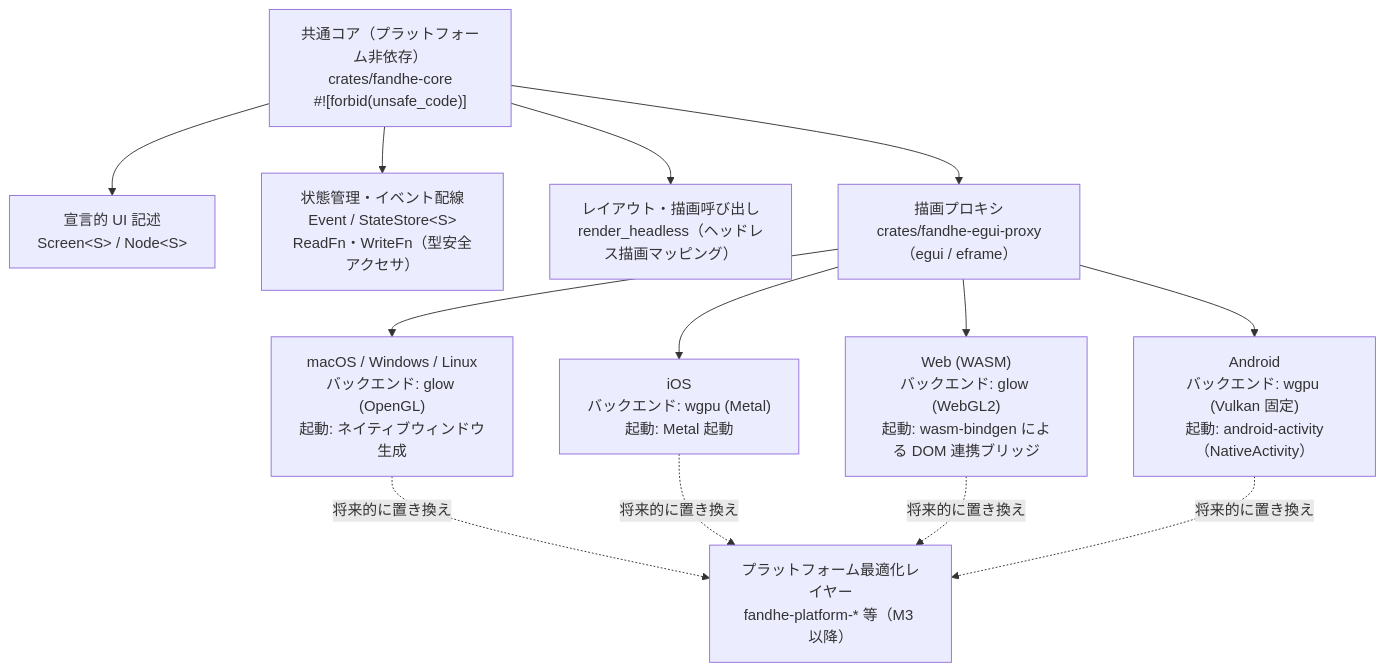
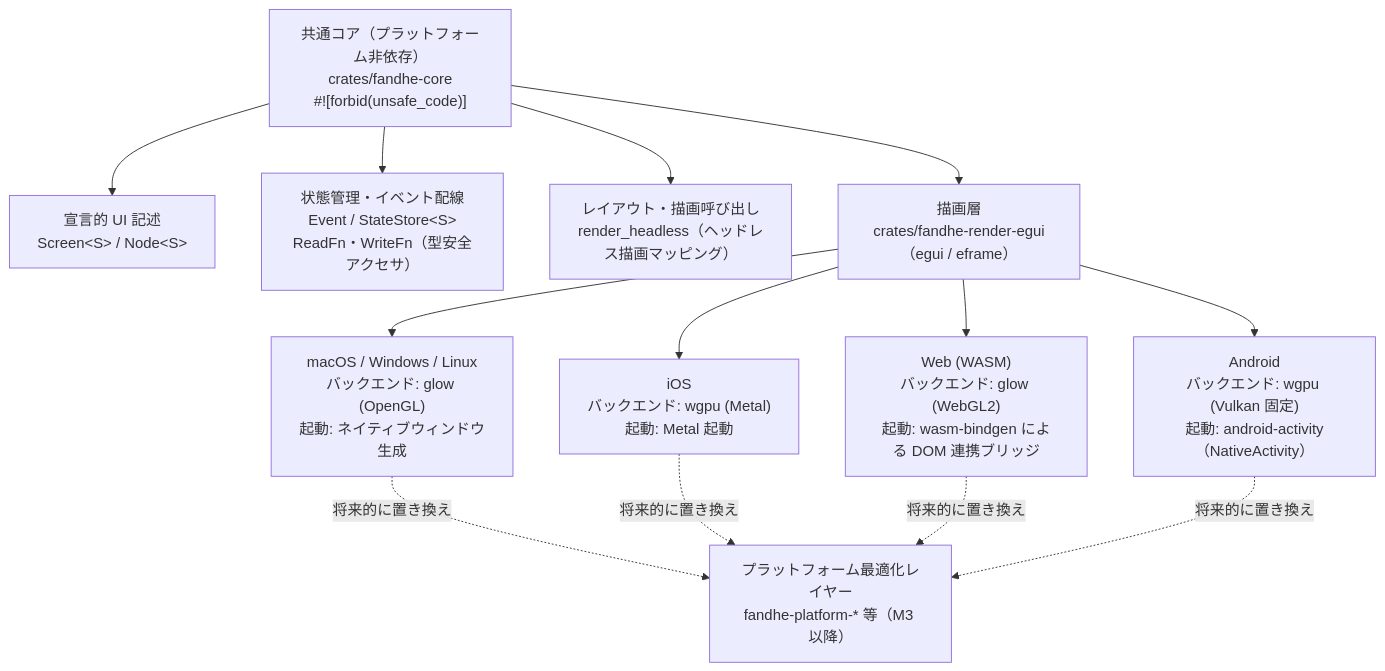
Before and after one commit to Fandhe-AI/fandhe-multi-platform: the diagram in docs/architecture/responsibility-boundary.md, drawn with Mermaid. The commit also changed other lines of this file and 282 other files, not shown here.

First line of the commit message:
docs: 撤去した fandhe-egui-proxy を指す古いパスと説明を直す

````diff
--- a/docs/architecture/responsibility-boundary.md
+++ b/docs/architecture/responsibility-boundary.md
@@ -29,20 +29,20 @@
 ```mermaid
 graph TD
     Core["共通コア（プラットフォーム非依存）<br/>crates/fandhe-core<br/>#![forbid(unsafe_code)]"]
     Core --> UI["宣言的 UI 記述<br/>Screen&lt;S&gt; / Node&lt;S&gt;"]
     Core --> State["状態管理・イベント配線<br/>Event / StateStore&lt;S&gt;<br/>ReadFn・WriteFn（型安全アクセサ）"]
     Core --> Render["レイアウト・描画呼び出し<br/>render_headless（ヘッドレス描画マッピング）"]
 
-    Core --> Proxy["描画プロキシ<br/>crates/fandhe-egui-proxy（egui / eframe）"]
+    Core --> Proxy["描画層<br/>crates/fandhe-render-egui（egui / eframe）"]
 
     Proxy --> Desktop["macOS / Windows / Linux<br/>バックエンド: glow (OpenGL)<br/>起動: ネイティブウィンドウ生成"]
     Proxy --> IOS["iOS<br/>バックエンド: wgpu (Metal)<br/>起動: Metal 起動"]
     Proxy --> Web["Web (WASM)<br/>バックエンド: glow (WebGL2)<br/>起動: wasm-bindgen による DOM 連携ブリッジ"]
     Proxy --> Android["Android<br/>バックエンド: wgpu (Vulkan 固定)<br/>起動: android-activity（NativeActivity）"]
 
     Platform["プラットフォーム最適化レイヤー<br/>fandhe-platform-* 等（M3 以降）"]
     Desktop -.将来的に置き換え.-> Platform
     IOS -.将来的に置き換え.-> Platform
     Web -.将来的に置き換え.-> Platform
     Android -.将来的に置き換え.-> Platform
 ```
````
